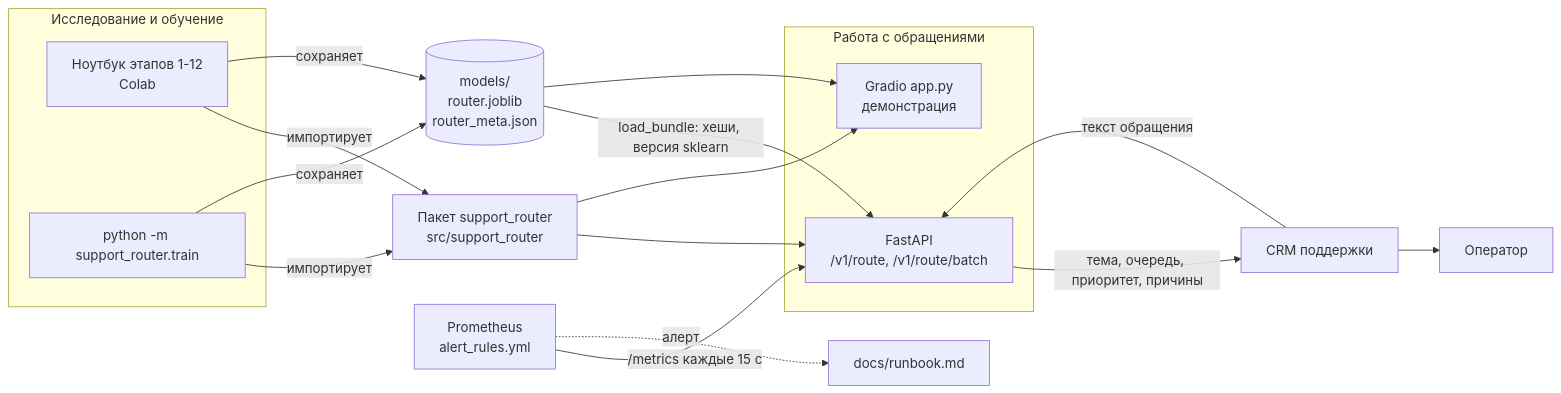
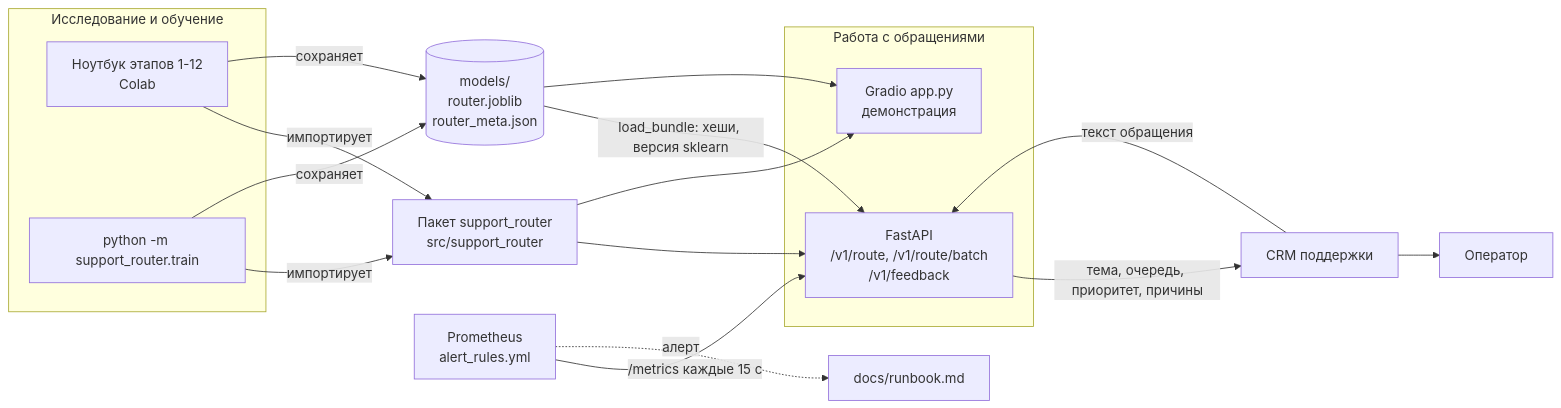
Before and after one commit to SetAblaze/support-ticket-router: the first of 4 diagrams in docs/architecture.md, drawn with Mermaid. The commit also changed other lines of this file and 42 other files, not shown here.

````diff
--- a/docs/architecture.md
+++ b/docs/architecture.md
@@ -7,31 +7,31 @@
 ```mermaid
 flowchart LR
     subgraph research["Исследование и обучение"]
         NB["Ноутбук этапов 1-12<br/>Colab"]
         TR["python -m support_router.train"]
     end
     PKG["Пакет support_router<br/>src/support_router"]
     ART[("models/<br/>router.joblib<br/>router_meta.json")]
     subgraph serving["Работа с обращениями"]
-        API["FastAPI<br/>/v1/route, /v1/route/batch"]
+        API["FastAPI<br/>/v1/route, /v1/route/batch<br/>/v1/feedback"]
         UI["Gradio app.py<br/>демонстрация"]
     end
     CRM["CRM поддержки"]
     OP["Оператор"]
     PROM["Prometheus<br/>alert_rules.yml"]
     RB["docs/runbook.md"]
 
     NB -- импортирует --> PKG
     TR -- импортирует --> PKG
     NB -- сохраняет --> ART
     TR -- сохраняет --> ART
     ART -- "load_bundle: хеши, версия sklearn" --> API
     ART --> UI
     PKG --> API
     PKG --> UI
     CRM -- "текст обращения" --> API
     API -- "тема, очередь, приоритет, причины" --> CRM
     CRM --> OP
     PROM -- "/metrics каждые 15 с" --> API
     PROM -. "алерт" .-> RB
 ```
````
